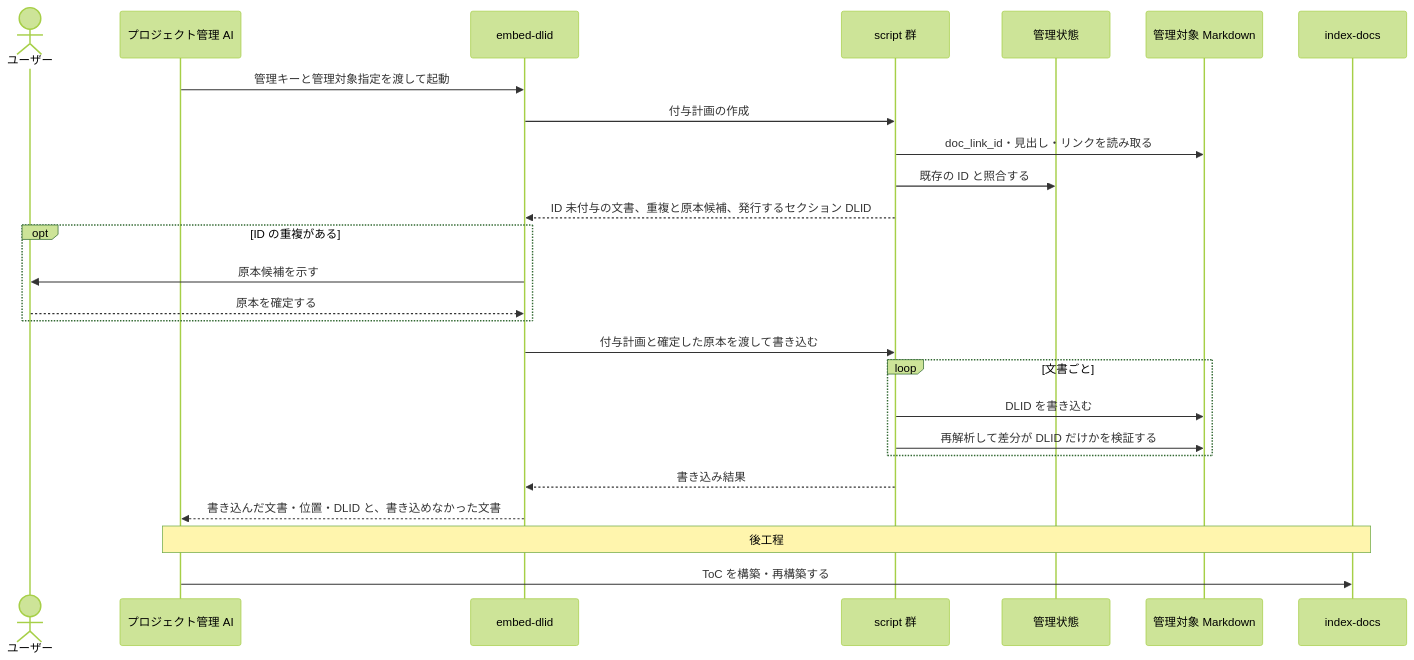
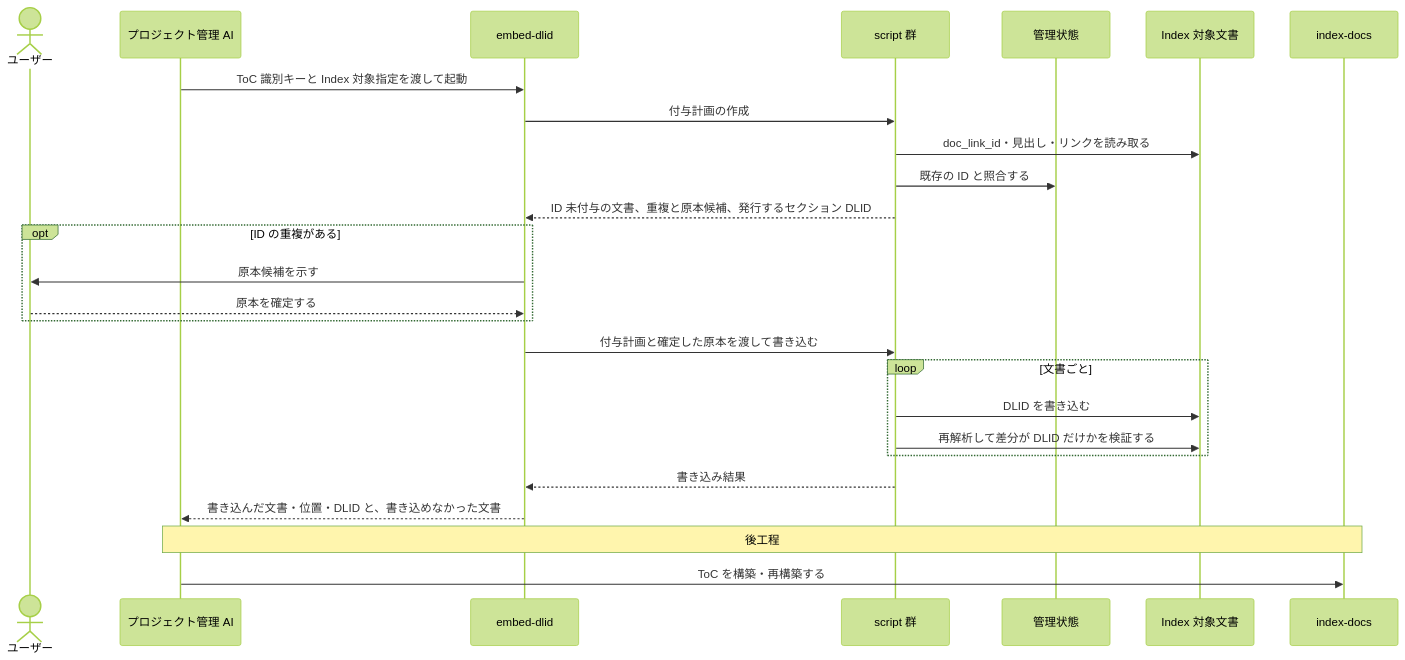
One commit to BlueEventHorizon/doc-link changed the second of 9 diagrams in docs/specs/design/DES-010_skill-composition.md. Above: the diagram before and after it, drawn with Mermaid (forest theme). The commit also changed other lines of this file and 23 other files, not shown here.

````diff
--- a/docs/specs/design/DES-010_skill-composition.md
+++ b/docs/specs/design/DES-010_skill-composition.md
@@ -135,29 +135,29 @@
 ```mermaid
 sequenceDiagram
     actor User as ユーザー
     participant PM as プロジェクト管理 AI
     participant Skill as embed-dlid
     participant Scripts as script 群
     participant State as 管理状態
-    participant Docs as 管理対象 Markdown
+    participant Docs as Index 対象文書
     participant Index as index-docs
 
-    PM->>Skill: 管理キーと管理対象指定を渡して起動
+    PM->>Skill: ToC 識別キーと Index 対象指定を渡して起動
     Skill->>Scripts: 付与計画の作成
     Scripts->>Docs: doc_link_id・見出し・リンクを読み取る
     Scripts->>State: 既存の ID と照合する
     Scripts-->>Skill: ID 未付与の文書、重複と原本候補、発行するセクション DLID
     opt ID の重複がある
         Skill->>User: 原本候補を示す
         User-->>Skill: 原本を確定する
     end
     Skill->>Scripts: 付与計画と確定した原本を渡して書き込む
     loop 文書ごと
         Scripts->>Docs: DLID を書き込む
         Scripts->>Docs: 再解析して差分が DLID だけかを検証する
     end
     Scripts-->>Skill: 書き込み結果
     Skill-->>PM: 書き込んだ文書・位置・DLID と、書き込めなかった文書
     Note over PM,Index: 後工程
     PM->>Index: ToC を構築・再構築する
 ```
````
